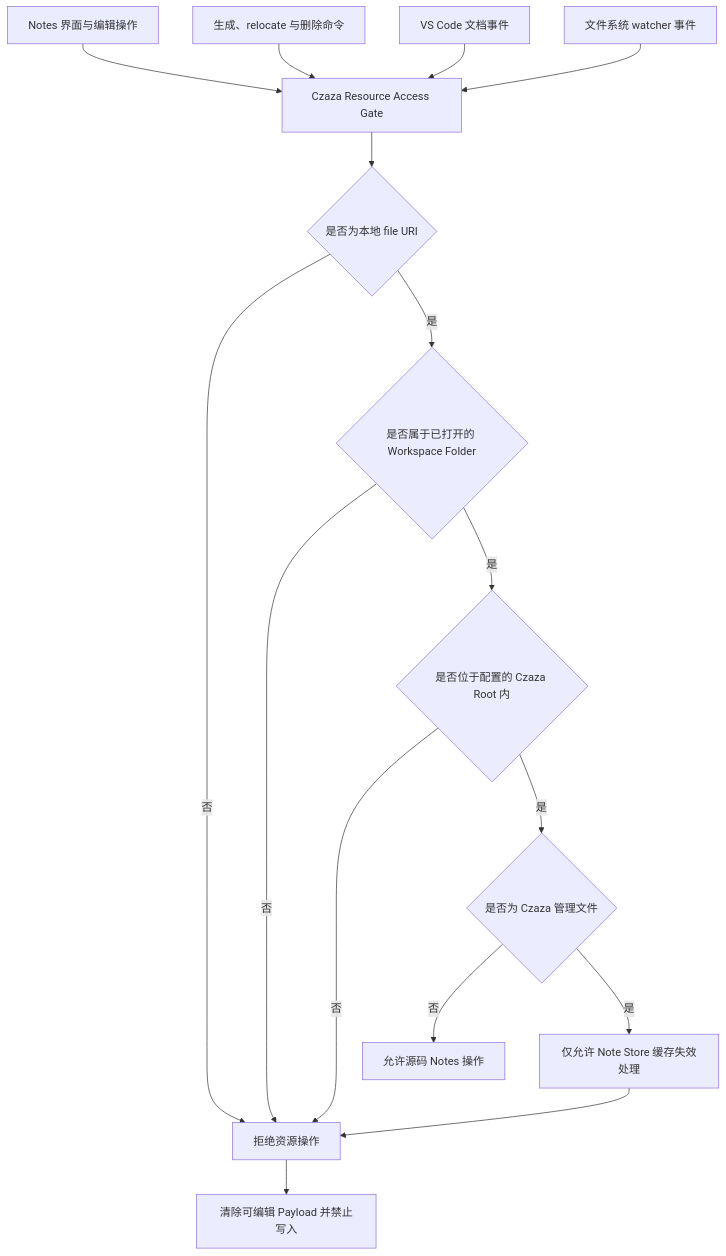
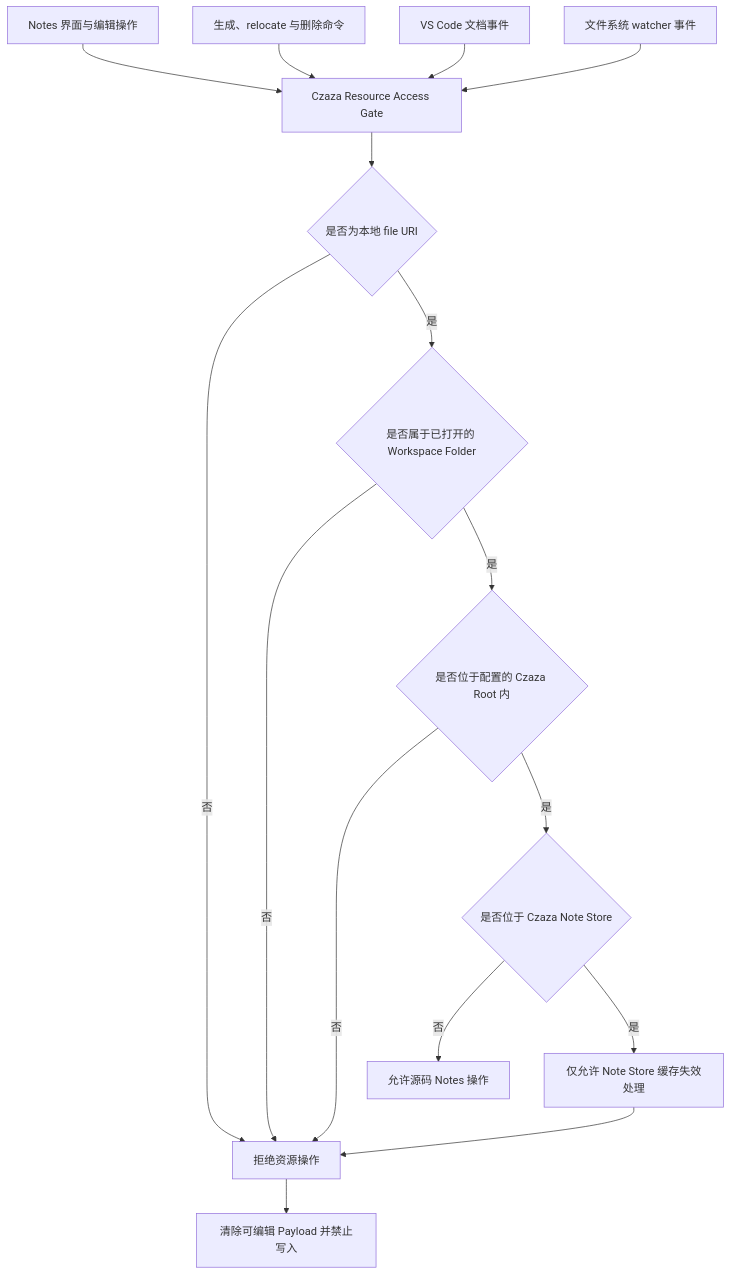
The diagram in .czaza/architecture-notes/diagrams/czaza-resource-access-gate.md (Leo7805/czaza), drawn with Mermaid before and after one commit. The commit also changed other lines of this file and 25 other files, not shown here.

````diff
--- a/.czaza/architecture-notes/diagrams/czaza-resource-access-gate.md
+++ b/.czaza/architecture-notes/diagrams/czaza-resource-access-gate.md
@@ -16,20 +16,20 @@
 ```mermaid
 flowchart TD
     A[Notes 界面与编辑操作] --> E[Czaza Resource Access Gate]
     B[生成、relocate 与删除命令] --> E
     C[VS Code 文档事件] --> E
     D[文件系统 watcher 事件] --> E
 
     E --> F{是否为本地 file URI}
     F -->|否| L[拒绝资源操作]
     F -->|是| G{是否属于已打开的 Workspace Folder}
     G -->|否| L
     G -->|是| H{是否位于配置的 Czaza Root 内}
     H -->|否| L
-    H -->|是| I{是否为 Czaza 管理文件}
+    H -->|是| I{是否位于 Czaza Note Store}
 
     I -->|否| J[允许源码 Notes 操作]
     I -->|是| K[仅允许 Note Store 缓存失效处理]
     K --> L
     L --> M[清除可编辑 Payload 并禁止写入]
 ```
````
